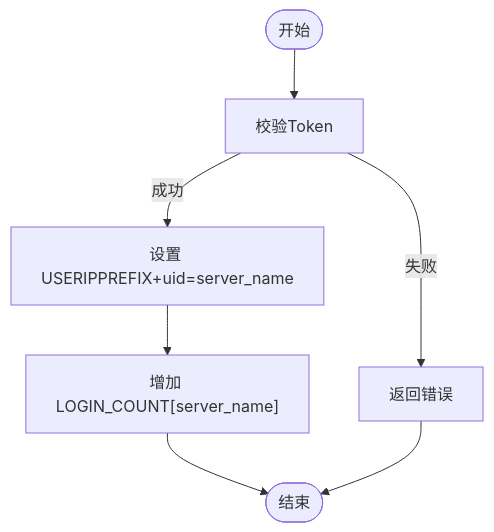
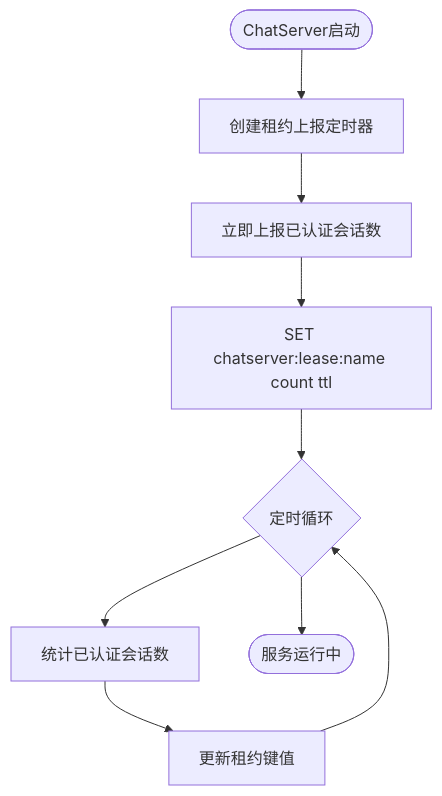
Before and after one commit to echo9923/mychatter: the third of 7 diagrams in .qoder/repowiki/zh/content/分布式系统/服务治理/服务注册与发现.md, drawn with Mermaid. The commit also changed other lines of this file and 107 other files, not shown here.

````diff
--- a/.qoder/repowiki/zh/content/分布式系统/服务治理/服务注册与发现.md
+++ b/.qoder/repowiki/zh/content/分布式系统/服务治理/服务注册与发现.md
@@ -191,9 +133,11 @@
 ```mermaid
 flowchart TD
-Start(["开始"]) --> CheckToken["校验Token"]
-CheckToken --> |失败| ReturnErr["返回错误"]
-CheckToken --> |成功| SetMapping["设置 USERIPPREFIX+uid=server_name"]
-SetMapping --> IncCount["增加 LOGIN_COUNT[server_name]"]
-IncCount --> End(["结束"])
-ReturnErr --> End
+Start(["ChatServer启动"]) --> CreateTimer["创建租约上报定时器"]
+CreateTimer --> FirstReport["立即上报已认证会话数"]
+FirstReport --> SetLease["SET chatserver:lease:name count ttl"]
+SetLease --> StartLoop{"定时循环"}
+StartLoop --> CountSessions["统计已认证会话数"]
+CountSessions --> UpdateLease["更新租约键值"]
+UpdateLease --> StartLoop
+StartLoop --> End(["服务运行中"])
 ```
````
